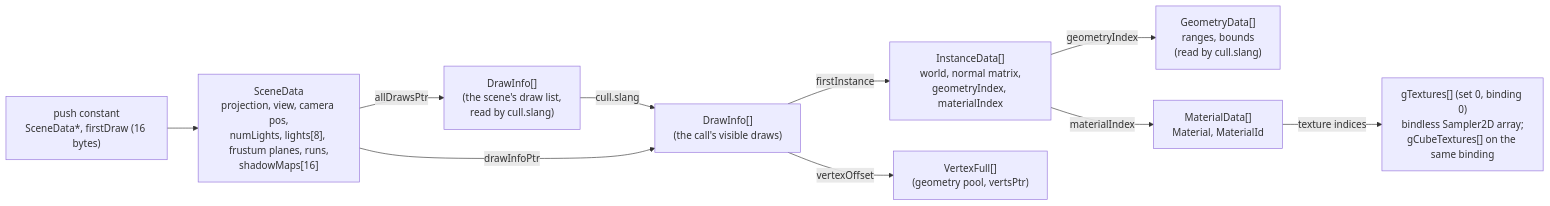
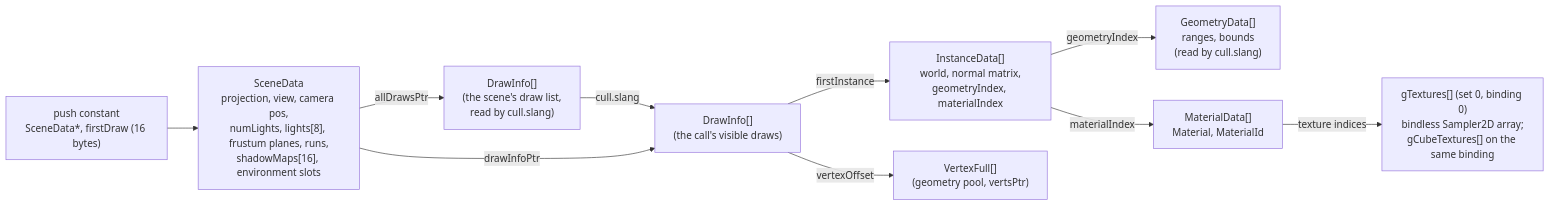
The third of 3 diagrams in docs/architecture.md (adel-elmala/rasm), drawn with Mermaid before and after one commit. The commit also changed other lines of this file and 64 other files, not shown here.

````diff
--- a/docs/architecture.md
+++ b/docs/architecture.md
@@ -274,12 +304,12 @@
 ```mermaid
 flowchart LR
-    PC["push constant<br/>SceneData*, firstDraw (16 bytes)"] --> SD["SceneData<br/>projection, view, camera pos,<br/>numLights, lights[8], frustum planes, runs,<br/>shadowMaps[16]"]
+    PC["push constant<br/>SceneData*, firstDraw (16 bytes)"] --> SD["SceneData<br/>projection, view, camera pos,<br/>numLights, lights[8], frustum planes, runs,<br/>shadowMaps[16], environment slots"]
     SD -- allDrawsPtr --> AD["DrawInfo[]<br/>(the scene's draw list,<br/>read by cull.slang)"]
     AD -- cull.slang --> DI
     SD -- drawInfoPtr --> DI["DrawInfo[]<br/>(the call's visible draws)"]
     DI -- firstInstance --> ID["InstanceData[]<br/>world, normal matrix,<br/>geometryIndex, materialIndex"]
     DI -- vertexOffset --> V["VertexFull[]<br/>(geometry pool, vertsPtr)"]
     ID -- geometryIndex --> GD["GeometryData[]<br/>ranges, bounds<br/>(read by cull.slang)"]
     ID -- materialIndex --> MD["MaterialData[]<br/>Material, MaterialId"]
     MD -- texture indices --> T["gTextures[] (set 0, binding 0)<br/>bindless Sampler2D array;<br/>gCubeTextures[] on the same binding"]
 ```
````
